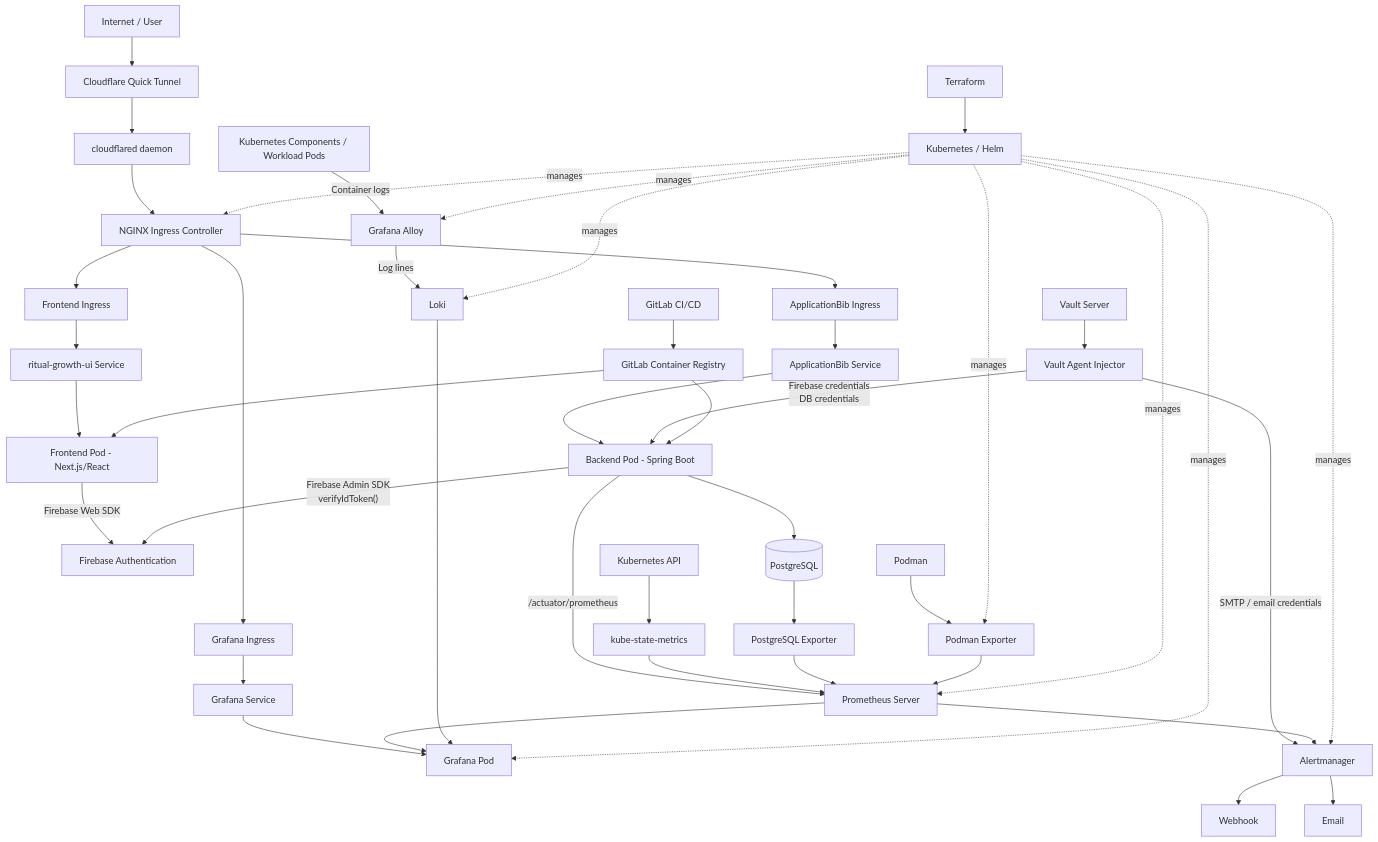
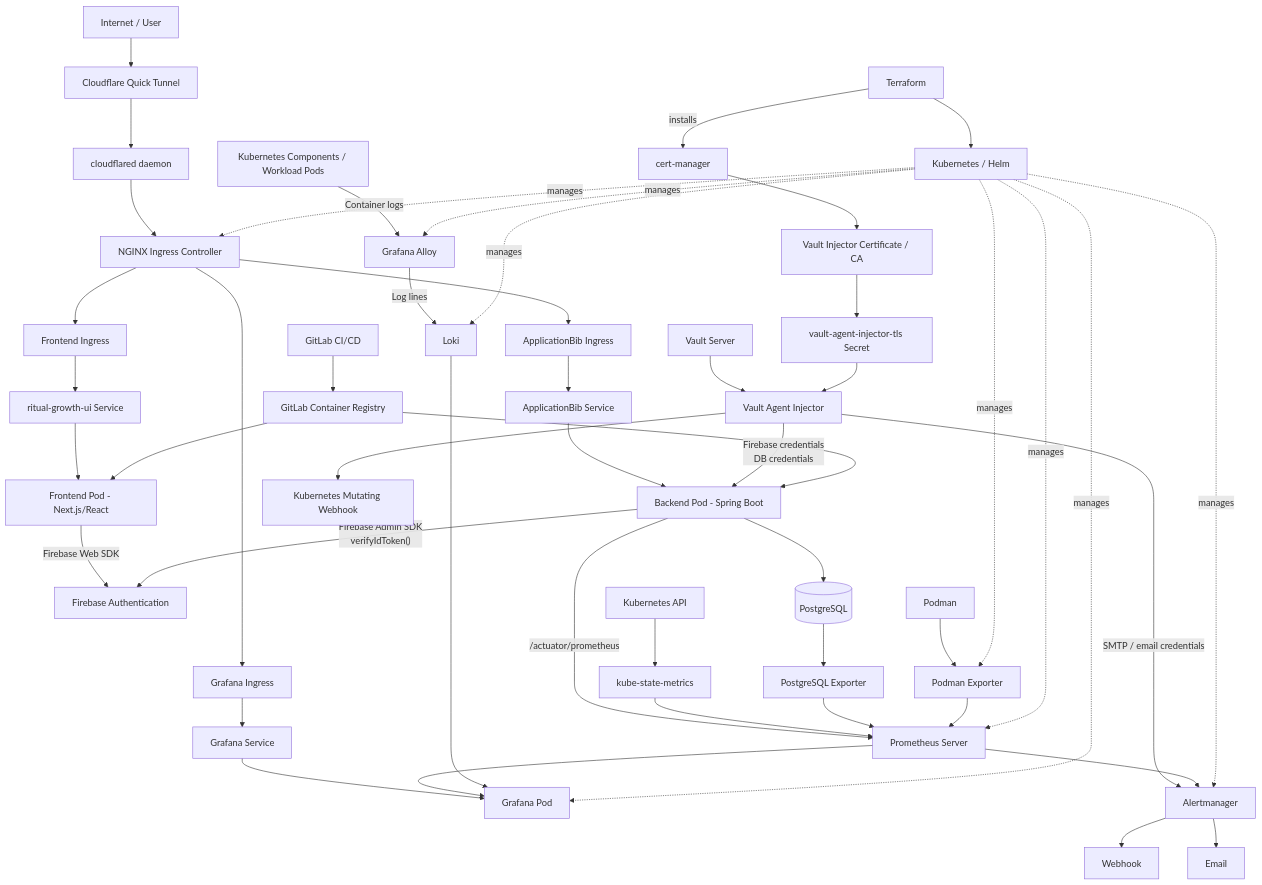
Before and after one commit to chaos-MK/ApplicationBib: the first of 9 diagrams in docs/threat-model/threat-model.md, drawn with Mermaid. The commit also changed other lines of this file, not shown here.

Commit message:
docs(architecture): add cert-manager to vault injector architecture

````diff
--- a/docs/threat-model/threat-model.md
+++ b/docs/threat-model/threat-model.md
@@ -484,62 +500,69 @@
 ```mermaid
 flowchart TD
     U[Internet / User] --> CF[Cloudflare Quick Tunnel]
     CF --> CFD[cloudflared daemon]
     CFD --> NGINX[NGINX Ingress Controller]
 
     NGINX --> FEING[Frontend Ingress]
     NGINX --> BEING[ApplicationBib Ingress]
     NGINX --> GFING[Grafana Ingress]
 
     FEING --> FESVC[ritual-growth-ui Service]
     FESVC --> FEPOD[Frontend Pod - Next.js/React]
 
     BEING --> BESVC[ApplicationBib Service]
     BESVC --> BEPOD[Backend Pod - Spring Boot]
 
     GFING --> GFSVC[Grafana Service]
     GFSVC --> GFPOD[Grafana Pod]
 
     FEPOD -- "Firebase Web SDK" --> FBAUTH[Firebase Authentication]
     BEPOD -- "Firebase Admin SDK\nverifyIdToken()" --> FBAUTH
     BEPOD --> PG[(PostgreSQL)]
 
     %% Vault and secret injection
     VAULT[Vault Server] --> VAI[Vault Agent Injector]
     VAI -- "Firebase credentials\nDB credentials" --> BEPOD
     VAI -- "SMTP / email credentials" --> AM[Alertmanager]
+
+    %% cert-manager / Vault Agent Injector webhook TLS
+    TF -- "installs" --> CM[cert-manager]
+    CM --> VIC["Vault Injector Certificate / CA"]
+    VIC --> VITLS["vault-agent-injector-tls Secret"]
+    VITLS --> VAI
+    VAI --> MWH[Kubernetes Mutating Webhook]
 
     %% Metrics
     BEPOD -- "/actuator/prometheus" --> PROM[Prometheus Server]
     KAPI[Kubernetes API] --> KSM[kube-state-metrics] --> PROM
     PG --> PGEXP[PostgreSQL Exporter] --> PROM
     PODMAN[Podman] --> PEXP[Podman Exporter] --> PROM
 
     PROM --> GFPOD
     PROM --> AM
 
     %% Alerting
     AM --> WEBHOOK[Webhook]
     AM --> EMAIL[Email]
 
     %% Cluster-wide logging
     K8SPODS[Kubernetes Components / Workload Pods] -- "Container logs" --> ALLOY[Grafana Alloy]
     ALLOY -- "Log lines" --> LOKI[Loki]
     LOKI --> GFPOD
 
     %% CI/CD
     GITLAB[GitLab CI/CD] --> REGISTRY[GitLab Container Registry]
     REGISTRY --> FEPOD
     REGISTRY --> BEPOD
 
     %% Infrastructure as Code
     TF[Terraform] --> K8S[Kubernetes / Helm]
 
     K8S -. "manages" .-> PROM
     K8S -. "manages" .-> GFPOD
     K8S -. "manages" .-> LOKI
     K8S -. "manages" .-> NGINX
     K8S -. "manages" .-> ALLOY
     K8S -. "manages" .-> AM
     K8S -. "manages" .-> PEXP
 ```
````
